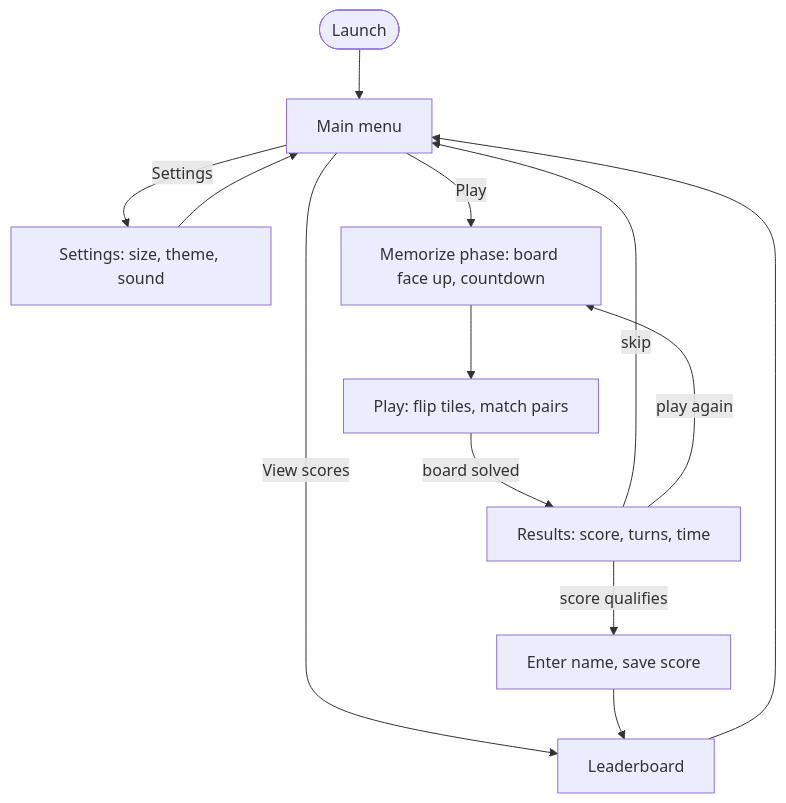
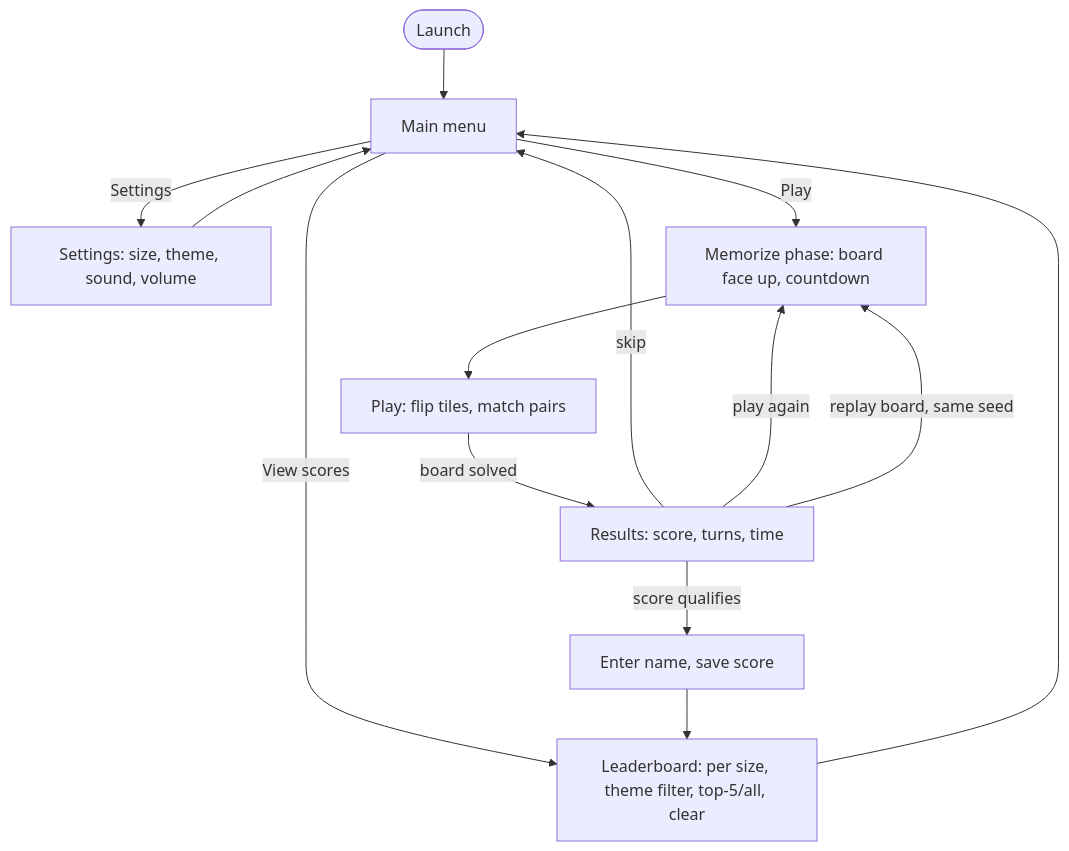
One commit to yib7/Tessera changed the first of 2 diagrams in docs/ARCHITECTURE.md. Above: the diagram before and after it, drawn with Mermaid. The commit also changed other lines of this file and 2 other files, not shown here.

Commit message:
SP7: document Cycle-9 features (replay, leaderboard history/filter/clear, volume, crash log) in README/CHANGELOG/ARCHITECTURE; add v3.4.0 entry

````diff
--- a/docs/ARCHITECTURE.md
+++ b/docs/ARCHITECTURE.md
@@ -28,15 +28,16 @@
 ```mermaid
 flowchart TD
     Launch([Launch]) --> Menu[Main menu]
-    Menu -->|Settings| Settings["Settings: size, theme, sound"]
+    Menu -->|Settings| Settings["Settings: size, theme, sound, volume"]
     Settings --> Menu
-    Menu -->|View scores| Leaderboard[Leaderboard]
+    Menu -->|View scores| Leaderboard["Leaderboard: per size, theme filter, top-5/all, clear"]
     Menu -->|Play| Memorize["Memorize phase: board face up, countdown"]
     Memorize --> Play["Play: flip tiles, match pairs"]
     Play -->|board solved| Results["Results: score, turns, time"]
     Results -->|score qualifies| Name[Enter name, save score]
     Results -->|skip| Menu
     Results -->|play again| Memorize
+    Results -->|replay board, same seed| Memorize
     Name --> Leaderboard
     Leaderboard --> Menu
 ```
````
